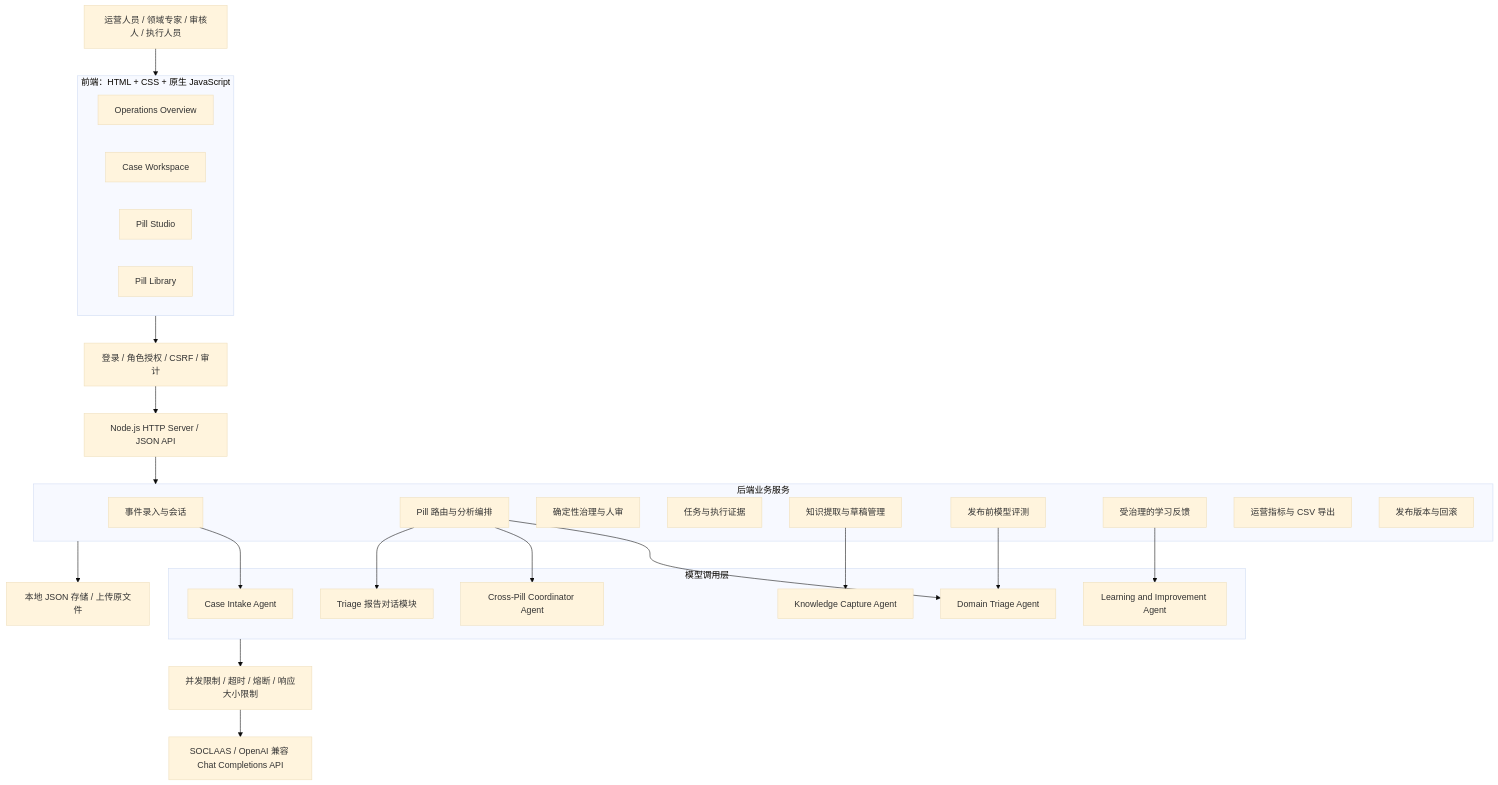
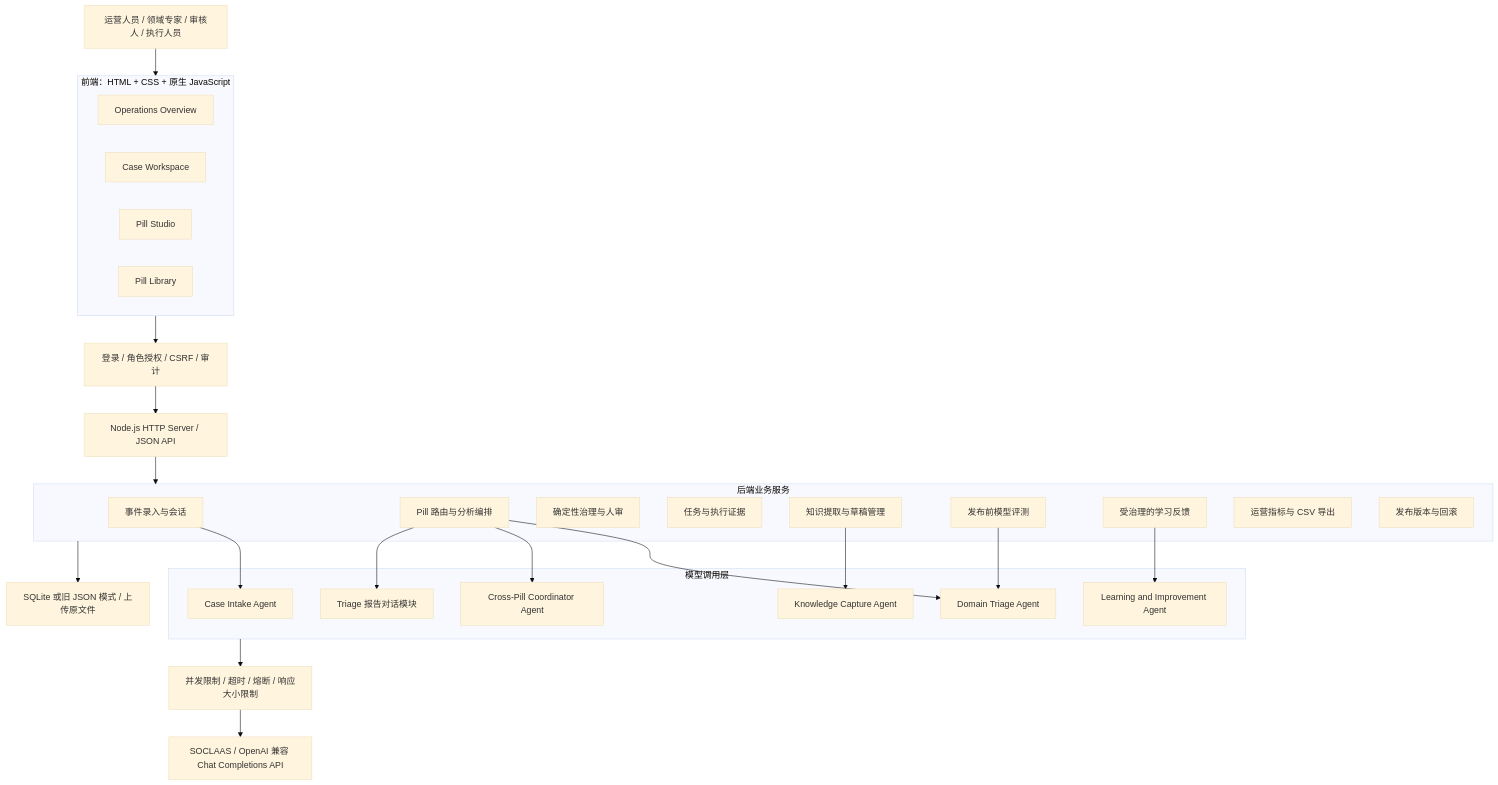
One commit to zhusr0214-ivy/AssetOps-Intelligence-Pill changed the diagram in README.md. Above: the diagram before and after it, drawn with Mermaid (base theme). The commit also changed other lines of this file and 21 other files, not shown here.

````diff
--- a/README.md
+++ b/README.md
@@ -33,43 +33,43 @@
 ```mermaid
 flowchart TB
     Users[运营人员 / 领域专家 / 审核人 / 执行人员]
     subgraph UI[前端：HTML + CSS + 原生 JavaScript]
       Overview[Operations Overview]
       Cases[Case Workspace]
       Studio[Pill Studio]
       Library[Pill Library]
     end
     Users --> UI
     UI --> Auth[登录 / 角色授权 / CSRF / 审计]
     Auth --> API[Node.js HTTP Server / JSON API]
     subgraph Business[后端业务服务]
       Intake[事件录入与会话]
       Triage[Pill 路由与分析编排]
       Governance[确定性治理与人审]
       Tasks[任务与执行证据]
       Knowledge[知识提取与草稿管理]
       Evaluation[发布前模型评测]
       Learning[受治理的学习反馈]
       Metrics[运营指标与 CSV 导出]
       Versions[发布版本与回滚]
     end
     API --> Business
     subgraph AI[模型调用层]
       IA[Case Intake Agent]
       TA[Domain Triage Agent]
       CA[Cross-Pill Coordinator Agent]
       QA[Triage 报告对话模块]
       KA[Knowledge Capture Agent]
       LA[Learning and Improvement Agent]
     end
     Intake --> IA
     Triage --> TA
     Triage --> CA
     Triage --> QA
     Knowledge --> KA
     Learning --> LA
     Evaluation --> TA
     AI --> Transport[并发限制 / 超时 / 熔断 / 响应大小限制]
     Transport --> Provider[SOCLAAS / OpenAI 兼容 Chat Completions API]
-    Business --> Storage[本地 JSON 存储 / 上传原文件]
+    Business --> Storage[SQLite 或旧 JSON 模式 / 上传原文件]
 ```
````
